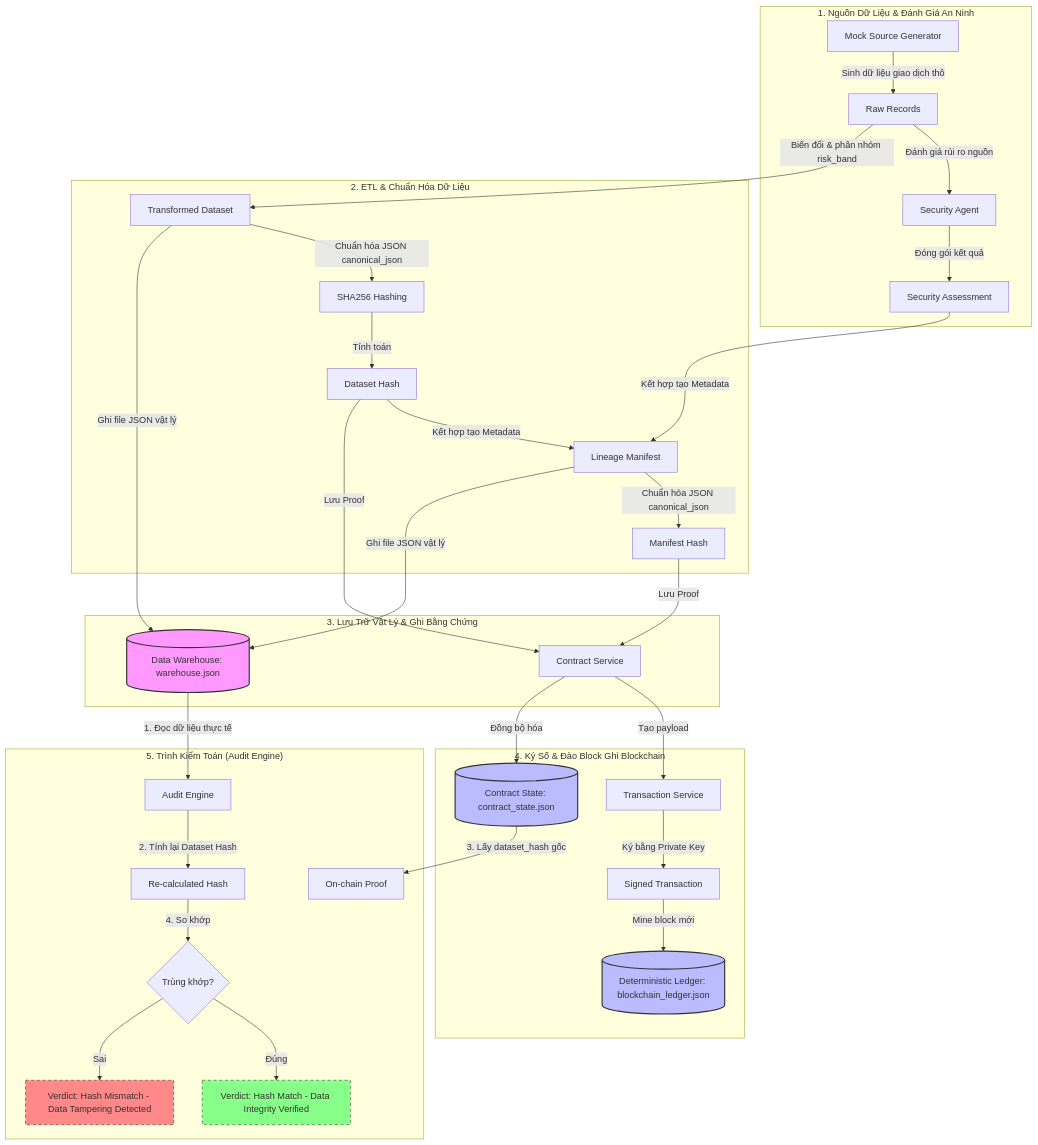
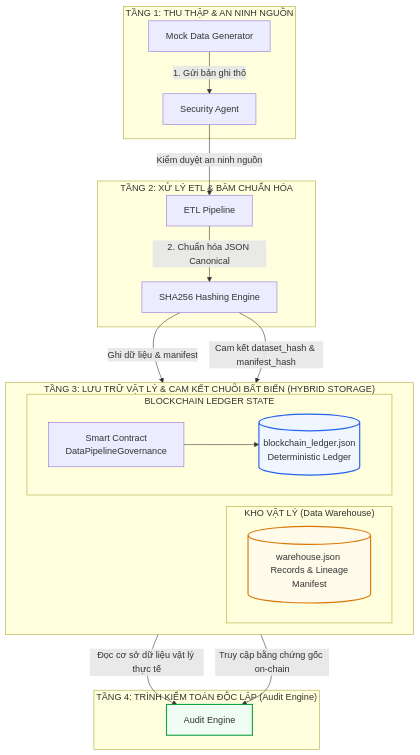
One commit to sonnntech/kma_hk2_pp_nc_attt changed the first of 8 diagrams in TD01.md. Above: the diagram before and after it, drawn with Mermaid. The commit also changed other lines of this file, not shown here.

Commit message:
docs: simplify Part 1 architecture flowchart to high-level layered component block diagram

````diff
--- a/TD01.md
+++ b/TD01.md
@@ -12,50 +12,41 @@
 ```mermaid
 flowchart TD
-    %% Source & Agent Stage
-    subgraph Source_Stage ["1. Nguồn Dữ Liệu & Đánh Giá An Ninh"]
-        A[Mock Source Generator] -->|Sinh dữ liệu giao dịch thô| B[Raw Records]
-        B -->|Đánh giá rủi ro nguồn| C[Security Agent]
-        C -->|Đóng gói kết quả| D[Security Assessment]
+    %% Tầng 1: Thu thập & An ninh nguồn
+    subgraph Layer1 ["TẦNG 1: THU THẬP & AN NINH NGUỒN"]
+        A[Mock Data Generator] -->|1. Gửi bản ghi thô| B[Security Agent]
     end
 
-    %% ETL & Hashing Stage
-    subgraph ETL_Stage ["2. ETL & Chuẩn Hóa Dữ Liệu"]
-        B -->|Biến đổi & phân nhóm risk_band| E[Transformed Dataset]
-        E -->|Chuẩn hóa JSON canonical_json| F[SHA256 Hashing]
-        F -->|Tính toán| G[Dataset Hash]
-        
-        G & D -->|Kết hợp tạo Metadata| H[Lineage Manifest]
-        H -->|Chuẩn hóa JSON canonical_json| I[Manifest Hash]
+    %% Tầng 2: Xử lý ETL & Băm chuẩn hóa
+    subgraph Layer2 ["TẦNG 2: XỬ LÝ ETL & BĂM CHUẨN HÓA"]
+        C[ETL Pipeline] -->|2. Chuẩn hóa JSON Canonical| D[SHA256 Hashing Engine]
     end
 
-    %% Storage & Commit Stage
-    subgraph Storage_Stage ["3. Lưu Trữ Vật Lý & Ghi Bằng Chứng"]
-        E & H -->|Ghi file JSON vật lý| J[(Data Warehouse: warehouse.json)]
-        G & I -->|Lưu Proof| K[Contract Service]
+    %% Tầng 3: Lưu trữ lai (Hybrid Storage)
+    subgraph Layer3 ["TẦNG 3: LƯU TRỮ VẬT LÝ & CAM KẾT CHUỖI BẤT BIẾN (HYBRID STORAGE)"]
+        direction LR
+        subgraph Storage1 ["KHO VẬT LÝ (Data Warehouse)"]
+            E[(warehouse.json <br/> Records & Lineage Manifest)]
+        end
+        subgraph Storage2 ["BLOCKCHAIN LEDGER STATE"]
+            F[Smart Contract <br/> DataPipelineGovernance] --> G[(blockchain_ledger.json <br/> Deterministic Ledger)]
+        end
     end
 
-    %% Blockchain Ledger Stage
-    subgraph Ledger_Stage ["4. Ký Số & Đào Block Ghi Blockchain"]
-        K -->|Tạo payload| L[Transaction Service]
-        L -->|Ký bằng Private Key| M[Signed Transaction]
-        M -->|Mine block mới| N[(Deterministic Ledger: blockchain_ledger.json)]
-        K -->|Đồng bộ hóa| O[(Contract State: contract_state.json)]
+    %% Tầng 4: Trình kiểm toán độc lập
+    subgraph Layer4 ["TẦNG 4: TRÌNH KIỂM TOÁN ĐỘC LẬP (Audit Engine)"]
+        H[Audit Engine]
     end
 
-    %% Audit Stage
-    subgraph Audit_Stage ["5. Trình Kiểm Toán (Audit Engine)"]
-        J -->|1. Đọc dữ liệu thực tế| P[Audit Engine]
-        P -->|2. Tính lại Dataset Hash| Q[Re-calculated Hash]
-        O -->|3. Lấy dataset_hash gốc| R[On-chain Proof]
-        Q -->|4. So khớp| S{Trùng khớp?}
-        S -->|Đúng| T[Verdict: Hash Match - Data Integrity Verified]
-        S -->|Sai| U[Verdict: Hash Mismatch - Data Tampering Detected]
-    end
-
-    %% CSS Styling
-    style J fill:#f9f,stroke:#333,stroke-width:2px
-    style N fill:#bbf,stroke:#333,stroke-width:2px
-    style O fill:#bbf,stroke:#333,stroke-width:2px
-    style T fill:#8f8,stroke:#333,stroke-dasharray: 5 5
-    style U fill:#f88,stroke:#333,stroke-dasharray: 5 5
+    %% Liên kết giữa các tầng
+    B -->|Kiểm duyệt an ninh nguồn| C
+    D -->|Ghi dữ liệu & manifest| E
+    D -->|Cam kết dataset_hash & manifest_hash| F
+    
+    E -->|Đọc cơ sở dữ liệu vật lý thực tế| H
+    F -->|Truy cập bằng chứng gốc on-chain| H
+    
+    %% Thiết lập kiểu dáng CSS
+    style E fill:#fffbeb,stroke:#d97706,stroke-width:2px
+    style G fill:#eff6ff,stroke:#2563eb,stroke-width:2px
+    style H fill:#f0fdf4,stroke:#16a34a,stroke-width:2px
 ```
````
